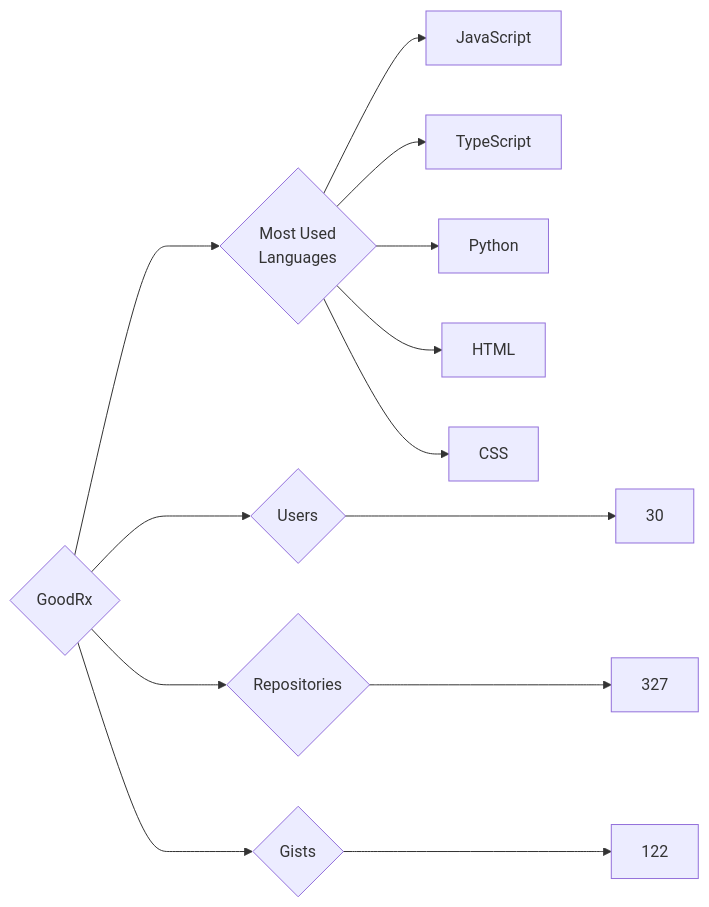
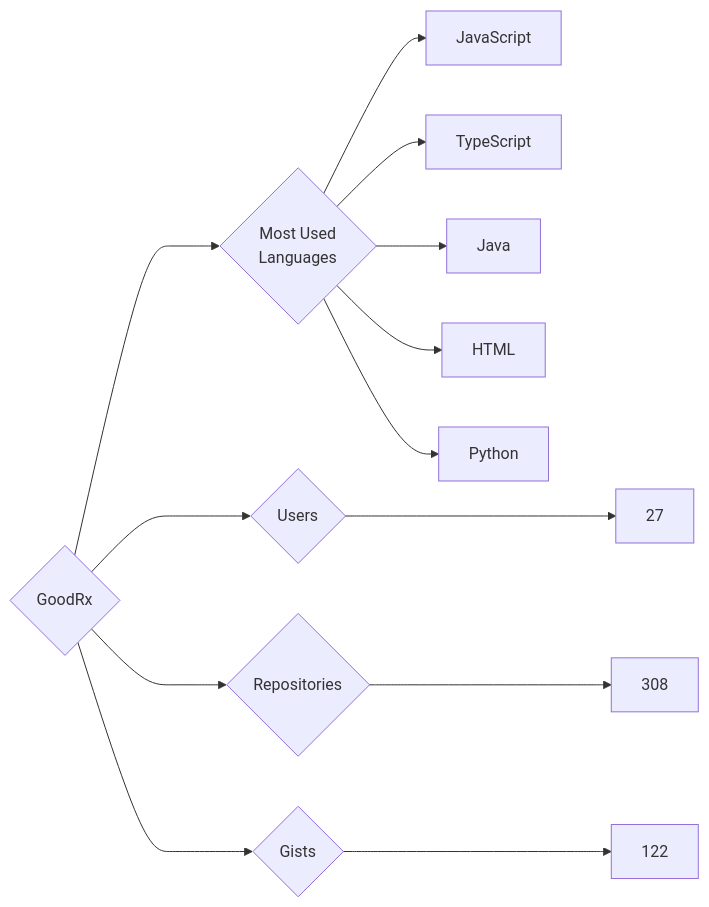
One commit to trickest/insiders changed the diagram in targets/GoodRx/README.md. Above: the diagram before and after it, drawn with Mermaid. The commit also changed 1020 other files, not shown here.

````diff
--- a/targets/GoodRx/README.md
+++ b/targets/GoodRx/README.md
@@ -3,13 +3,13 @@
 ```mermaid
 graph LR
 COMPANY_NAME{GoodRx}
-COMPANY_NAME ---> U{Users} ---> UN[30]
-COMPANY_NAME ---> R{Repositories} ---> RN[327]
+COMPANY_NAME ---> U{Users} ---> UN[27]
+COMPANY_NAME ---> R{Repositories} ---> RN[308]
 COMPANY_NAME ---> G{Gists} ---> GN[122]
 COMPANY_NAME ---> ML{Most Used<br>Languages}
 ML --> JavaScript[JavaScript]
 ML --> TypeScript[TypeScript]
+ML --> Java[Java]
+ML --> HTML[HTML]
 ML --> Python[Python]
-ML --> HTML[HTML]
-ML --> CSS[CSS]
 ```
````
